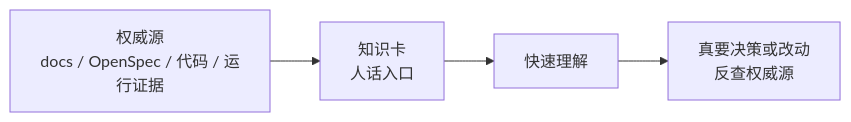
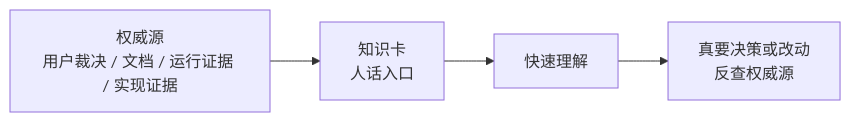
The first of 3 diagrams in knowledge-card-qa/SKILL.md (nds15763/workskills), drawn with Mermaid before and after one commit. The commit also changed other lines of this file and 7 other files, not shown here.

````diff
--- a/knowledge-card-qa/SKILL.md
+++ b/knowledge-card-qa/SKILL.md
@@ -22,6 +22,6 @@
 ```mermaid
 flowchart LR
-  A["权威源<br/>docs / OpenSpec / 代码 / 运行证据"] --> B["知识卡<br/>人话入口"]
+  A["权威源<br/>用户裁决 / 文档 / 运行证据 / 实现证据"] --> B["知识卡<br/>人话入口"]
   B --> C["快速理解"]
   C --> D["真要决策或改动<br/>反查权威源"]
 ```
````
